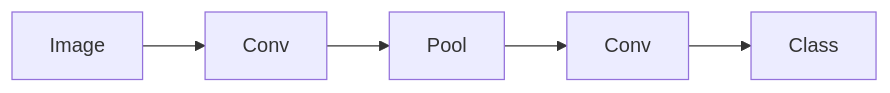
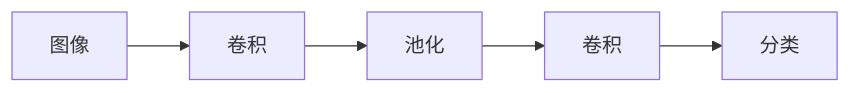
The diagram in i18n/zh-Hans/docusaurus-plugin-content-docs/current/neural-networks/cnn.md (EmersonBraun/ai-summary-hub), drawn with Mermaid before and after one commit. The commit also changed other lines of this file and 384 other files, not shown here.

````diff
--- a/i18n/zh-Hans/docusaurus-plugin-content-docs/current/neural-networks/cnn.md
+++ b/i18n/zh-Hans/docusaurus-plugin-content-docs/current/neural-networks/cnn.md
@@ -17,7 +17,7 @@
 ```mermaid
 flowchart LR
-  Image[Image] --> Conv[Conv]
-  Conv --> Pool[Pool]
-  Pool --> Conv2[Conv]
-  Conv2 --> Class[Class]
+  Image[图像] --> Conv[卷积]
+  Conv --> Pool[池化]
+  Pool --> Conv2[卷积]
+  Conv2 --> Class[分类]
 ```
````
